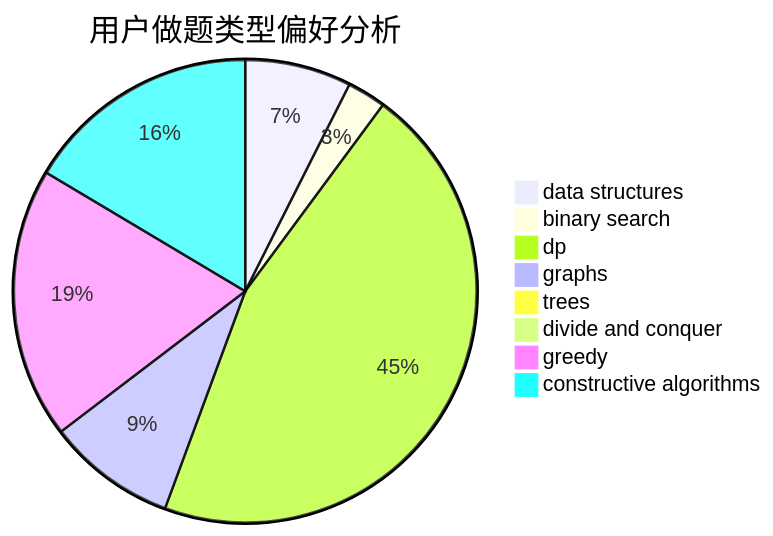
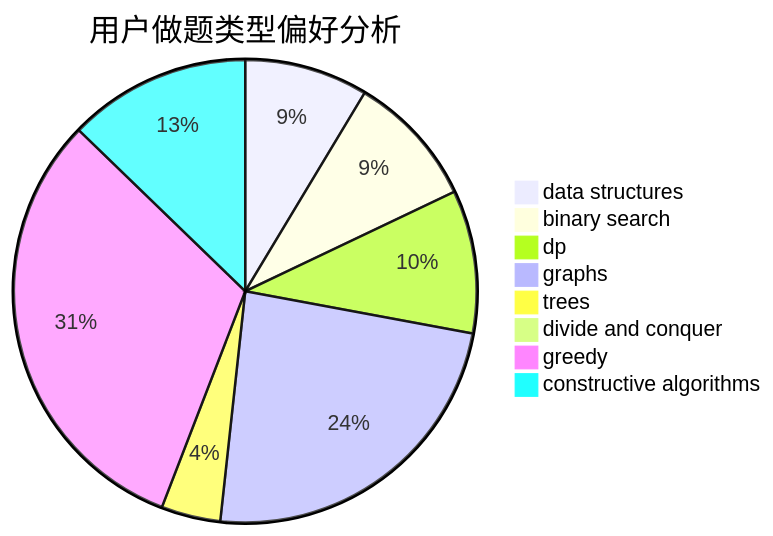
One commit to sherpahu/cfrs.github.io changed the second of 3 diagrams in docs/user/u1718.md. Above: the diagram before and after it, drawn with Mermaid. The commit also changed other lines of this file and 2770 other files, not shown here.

````diff
--- a/docs/user/u1718.md
+++ b/docs/user/u1718.md
@@ -23,11 +23,11 @@
 ```mermaid
 pie title 用户做题类型偏好分析
-    "data structures" :  33
-    "binary search" :  12
-    "dp" :  202
-    "graphs" :  40
-    "trees" :  1
+    "data structures" :  25
+    "binary search" :  27
+    "dp" :  29
+    "graphs" :  69
+    "trees" :  12
     "divide and conquer" :  0
-    "greedy" :  84
-    "constructive algorithms" :  73
+    "greedy" :  91
+    "constructive algorithms" :  37
 ```
````
